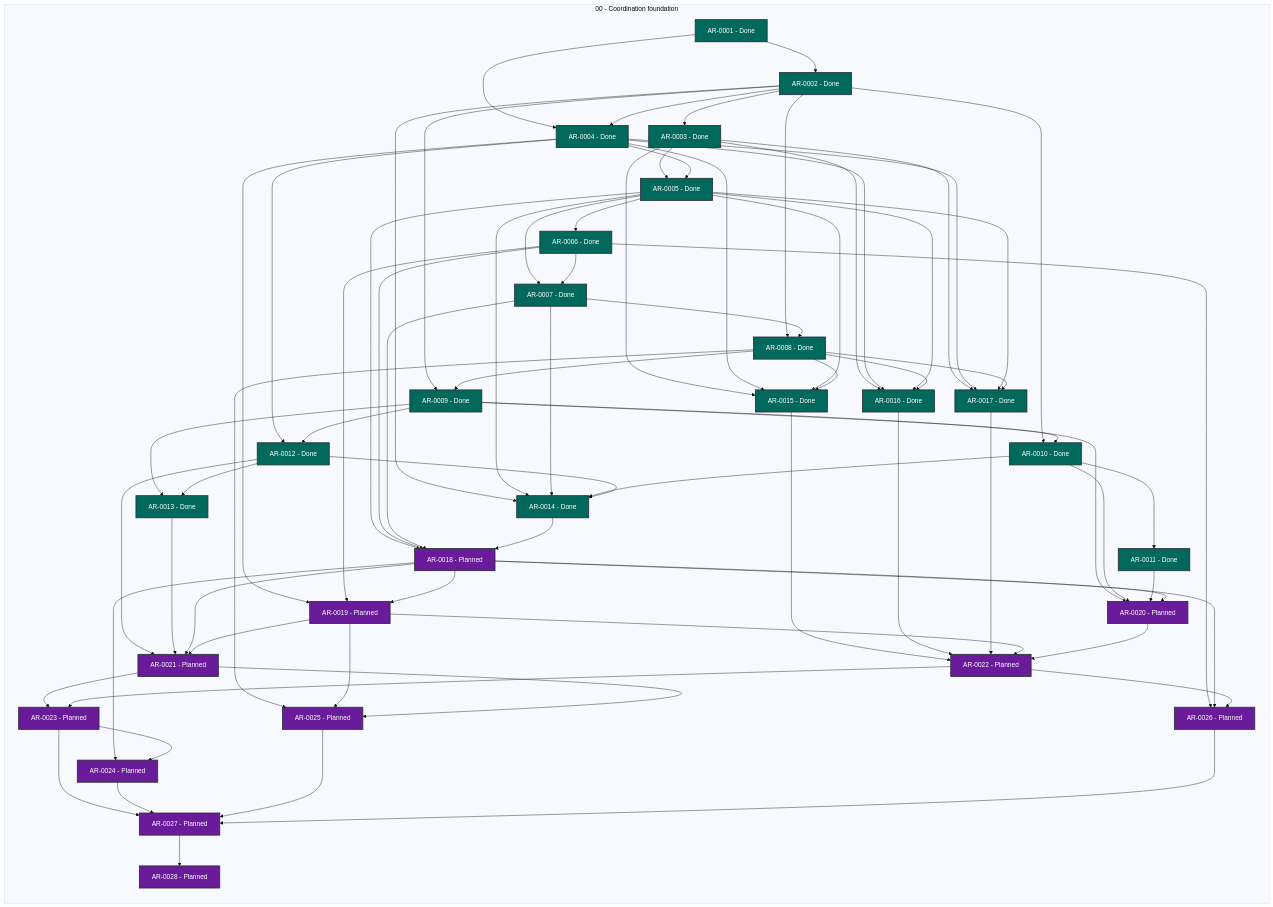
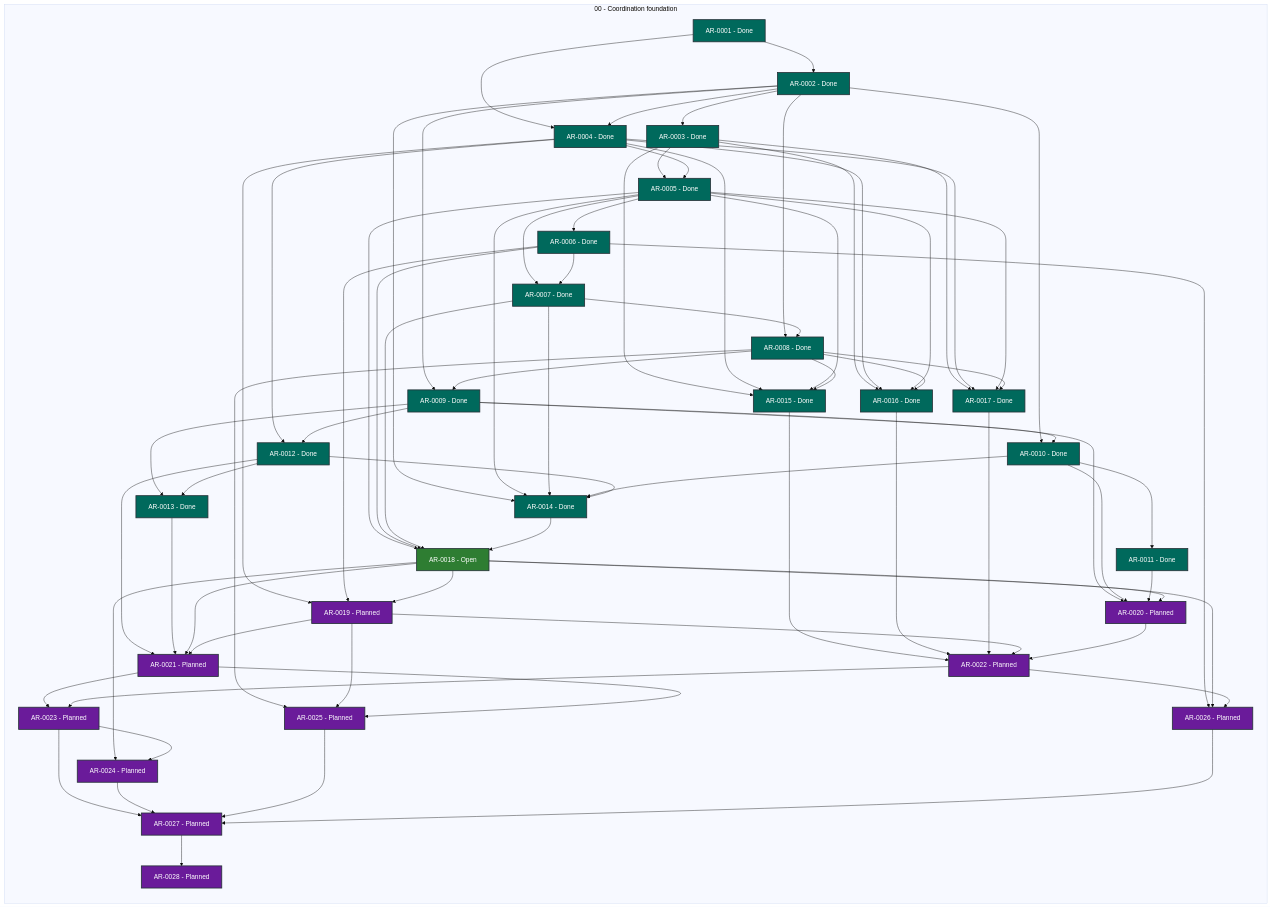
The diagram in STATUS.md (martin-beck/agent-workflow-runtime-state), drawn with Mermaid (base theme) before and after one commit. The commit also changed other lines of this file and 2 other files, not shown here.

```diff
--- a/STATUS.md
+++ b/STATUS.md
@@ -45,7 +45,7 @@
         AR_0015["AR-0015 - Done"]:::status_done
         AR_0016["AR-0016 - Done"]:::status_done
         AR_0017["AR-0017 - Done"]:::status_done
-        AR_0018["AR-0018 - Planned"]:::status_planned
+        AR_0018["AR-0018 - Open"]:::status_open
         AR_0019["AR-0019 - Planned"]:::status_planned
         AR_0020["AR-0020 - Planned"]:::status_planned
         AR_0021["AR-0021 - Planned"]:::status_planned
```
